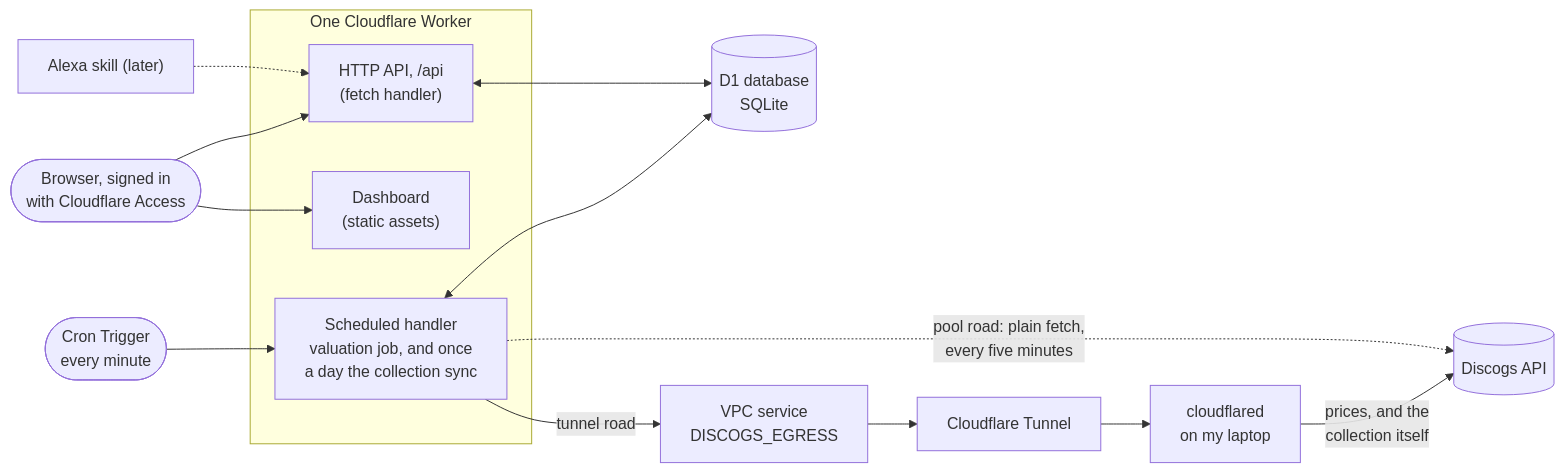
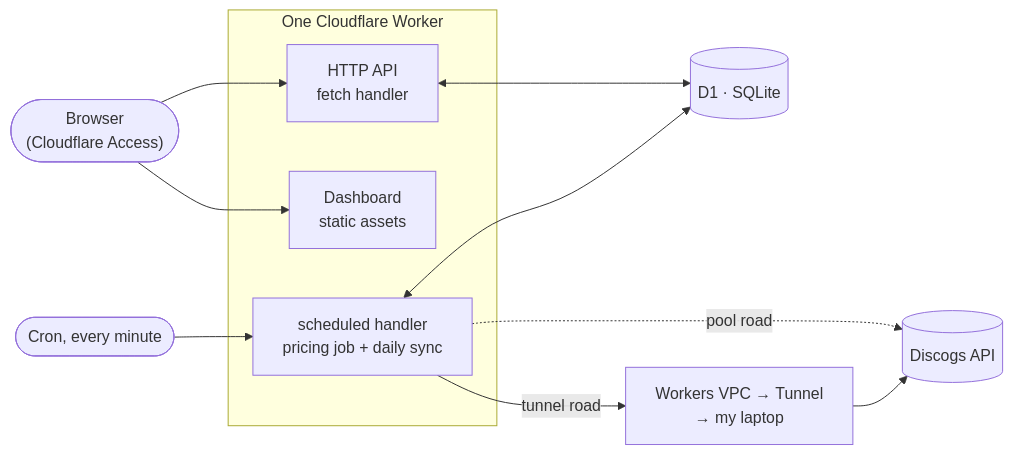
One commit to JakubMini/vinyl-value-vault changed the diagram in README.md. Above: the diagram before and after it, drawn with Mermaid. The commit also changed other lines of this file, not shown here.

````diff
--- a/README.md
+++ b/README.md
@@ -22,17 +40,14 @@
 ```mermaid
 flowchart LR
-  browser(["Browser, signed in<br/>with Cloudflare Access"]) --> assets & api
-  cron([Cron Trigger<br/>every minute]) --> job
+  browser(["Browser<br/>(Cloudflare Access)"]) --> assets & api
+  cron([Cron, every minute]) --> job
   subgraph worker["One Cloudflare Worker"]
-    assets["Dashboard<br/>(static assets)"]
-    api["HTTP API, /api<br/>(fetch handler)"]
-    job["Scheduled handler<br/>valuation job, and once<br/>a day the collection sync"]
+    assets["Dashboard<br/>static assets"]
+    api["HTTP API<br/>fetch handler"]
+    job["scheduled handler<br/>pricing job + daily sync"]
   end
-  job -->|"tunnel road"| egress["VPC service<br/>DISCOGS_EGRESS"]
-  egress --> tunnel["Cloudflare Tunnel"] --> laptop["cloudflared<br/>on my laptop"]
-  laptop -->|"prices, and the<br/>collection itself"| discogs[("Discogs API")]
-  job -.->|"pool road: plain fetch,<br/>every five minutes"| discogs
-  job <--> d1[("D1 database<br/>SQLite")]
+  job -->|tunnel road| tunnel["Workers VPC → Tunnel<br/>→ my laptop"] --> discogs[("Discogs API")]
+  job -.->|pool road| discogs
+  job <--> d1[("D1 · SQLite")]
   api <--> d1
-  alexa["Alexa skill (later)"] -.-> api
 ```
````
